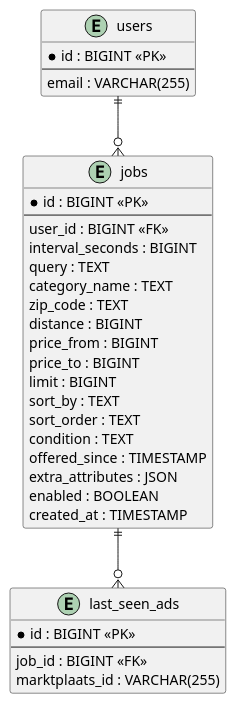
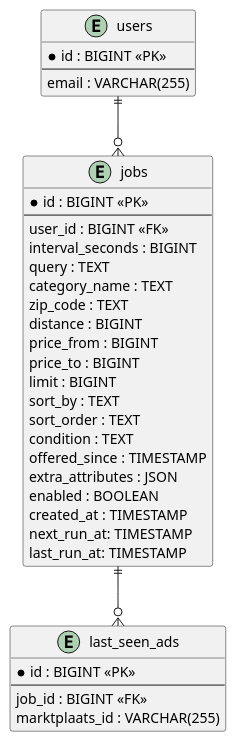
One commit to RyanHam04/marktplaats-scheduler changed the diagram in docs/diagrams/database.puml. Above: the diagram before and after it, drawn with PlantUML. The commit also changed 12 other files, not shown here.

```diff
--- a/docs/diagrams/database.puml
+++ b/docs/diagrams/database.puml
@@ -1,40 +1,42 @@
 @startuml
 
 entity users {
   * id : BIGINT <<PK>>
   --
   email : VARCHAR(255)
 }
 
 entity jobs {
   * id : BIGINT <<PK>>
   --
   user_id : BIGINT <<FK>>
   interval_seconds : BIGINT
   query : TEXT
   category_name : TEXT
   zip_code : TEXT
   distance : BIGINT
   price_from : BIGINT
   price_to : BIGINT
   limit : BIGINT
   sort_by : TEXT
   sort_order : TEXT
   condition : TEXT
   offered_since : TIMESTAMP
   extra_attributes : JSON
   enabled : BOOLEAN
   created_at : TIMESTAMP
+  next_run_at: TIMESTAMP
+  last_run_at: TIMESTAMP
 }
 
 entity last_seen_ads {
   * id : BIGINT <<PK>>
   --
   job_id : BIGINT <<FK>>
   marktplaats_id : VARCHAR(255)
 }
 
 users ||--o{ jobs
 jobs ||--o{ last_seen_ads
 
 @enduml
```
